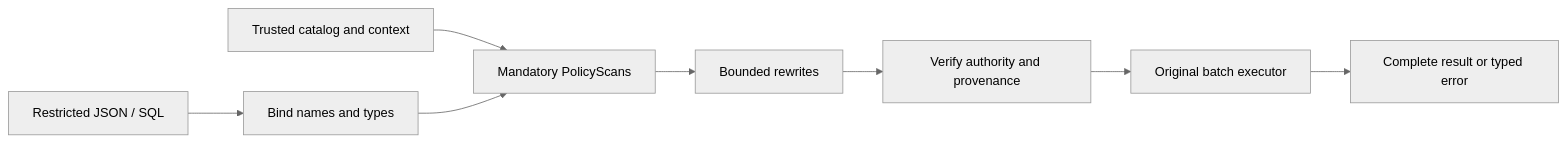
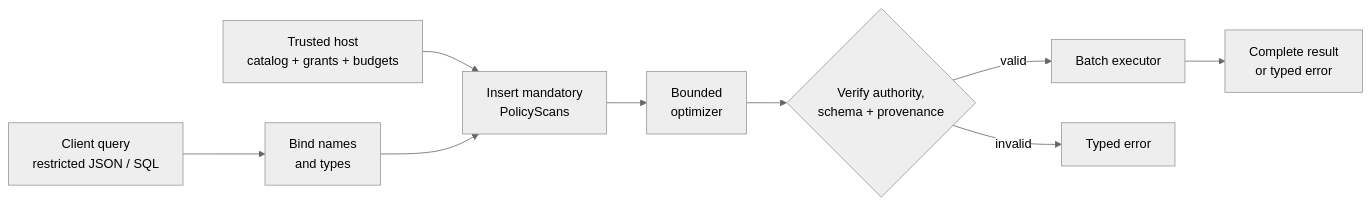
The diagram in README.md (C-X1an/rillscope), drawn with Mermaid (neutral theme) before and after one commit. The commit also changed other lines of this file and 7 other files, not shown here.

````diff
--- a/README.md
+++ b/README.md
@@ -45,7 +68,11 @@
 ```mermaid
 flowchart LR
-    Q[Restricted JSON / SQL] --> B[Bind names and types]
-    H[Trusted catalog and context] --> P[Mandatory PolicyScans]
-    B --> P --> O[Bounded rewrites] --> V[Verify authority and provenance]
-    V --> E[Original batch executor] --> R[Complete result or typed error]
+    A[Client query<br/>restricted JSON / SQL] --> B[Bind names<br/>and types]
+    H[Trusted host<br/>catalog + grants + budgets] --> C[Insert mandatory<br/>PolicyScans]
+    B --> C
+    C --> D[Bounded<br/>optimizer]
+    D --> E{Verify authority,<br/>schema + provenance}
+    E -->|valid| F[Batch executor]
+    E -->|invalid| X[Typed error]
+    F --> G[Complete result<br/>or typed error]
 ```
````
